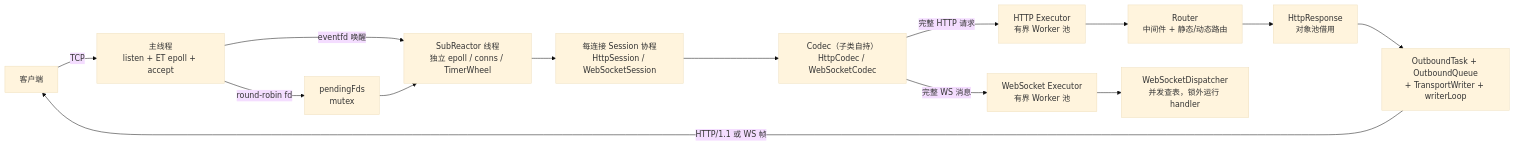
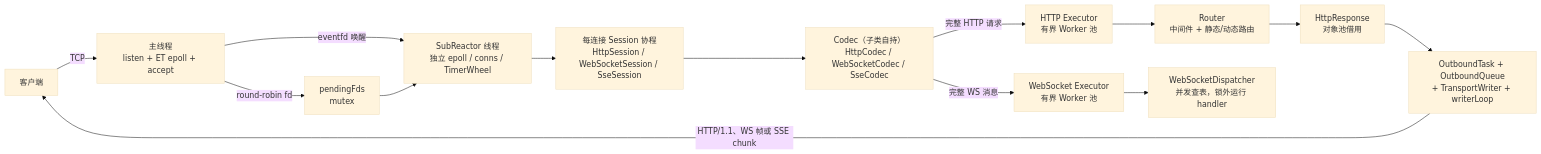
One commit to aurora-deng/web changed the first of 5 diagrams in docs/architecture/ARCHITECTURE.md. Above: the diagram before and after it, drawn with Mermaid (base theme). The commit also changed other lines of this file and 44 other files, not shown here.

Commit message:
Add SSE sessions and document test7.0 architecture

````diff
--- a/docs/architecture/ARCHITECTURE.md
+++ b/docs/architecture/ARCHITECTURE.md
@@ -26,16 +27,16 @@
 ```mermaid
 flowchart LR
     Client[客户端] -->|TCP| Acceptor["主线程<br/>listen + ET epoll + accept"]
     Acceptor -->|round-robin fd| Q1["pendingFds<br/>mutex"]
     Acceptor -->|eventfd 唤醒| SR["SubReactor 线程<br/>独立 epoll / conns / TimerWheel"]
     Q1 --> SR
-    SR --> Session["每连接 Session 协程<br/>HttpSession / WebSocketSession"]
-    Session --> Codec["Codec（子类自持）<br/>HttpCodec / WebSocketCodec"]
+    SR --> Session["每连接 Session 协程<br/>HttpSession / WebSocketSession / SseSession"]
+    Session --> Codec["Codec（子类自持）<br/>HttpCodec / WebSocketCodec / SseCodec"]
     Codec -->|完整 HTTP 请求| HTTPExecutor["HTTP Executor<br/>有界 Worker 池"]
     Codec -->|完整 WS 消息| WSExecutor["WebSocket Executor<br/>有界 Worker 池"]
     HTTPExecutor --> Router["Router<br/>中间件 + 静态/动态路由"]
     WSExecutor --> WSD["WebSocketDispatcher<br/>并发查表，锁外运行 handler"]
     Router --> Response["HttpResponse<br/>对象池借用"]
     Response --> Outbound["OutboundTask + OutboundQueue<br/>+ TransportWriter + writerLoop"]
-    Outbound -->|HTTP/1.1 或 WS 帧| Client
+    Outbound -->|HTTP/1.1、WS 帧或 SSE chunk| Client
 ```
````
